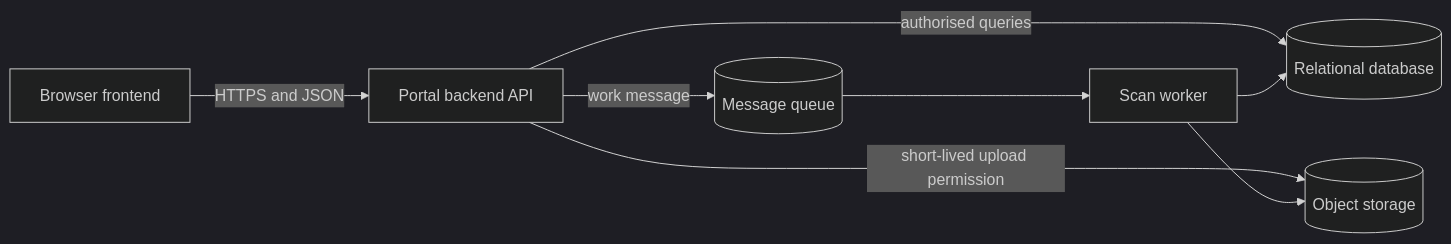
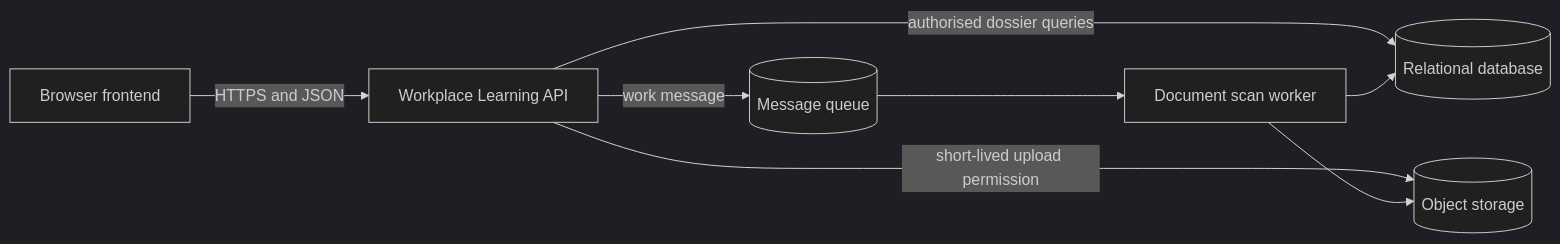
Before and after one commit to dhoubrechts/architectures_intro: the diagram in course/03-applications-apis-and-data.md, drawn with Mermaid (dark theme). The commit also changed other lines of this file and 43 other files, not shown here.

````diff
--- a/course/03-applications-apis-and-data.md
+++ b/course/03-applications-apis-and-data.md
@@ -29,10 +29,10 @@
 ```mermaid
 flowchart LR
-    Browser[Browser frontend] -->|HTTPS and JSON| API[Portal backend API]
-    API -->|authorised queries| DB[(Relational database)]
+    Browser[Browser frontend] -->|HTTPS and JSON| API[Workplace Learning API]
+    API -->|authorised dossier queries| DB[(Relational database)]
     API -->|short-lived upload permission| Store[(Object storage)]
     API -->|work message| Queue[(Message queue)]
-    Queue --> Worker[Scan worker]
+    Queue --> Worker[Document scan worker]
     Worker --> Store
     Worker --> DB
 ```
````
